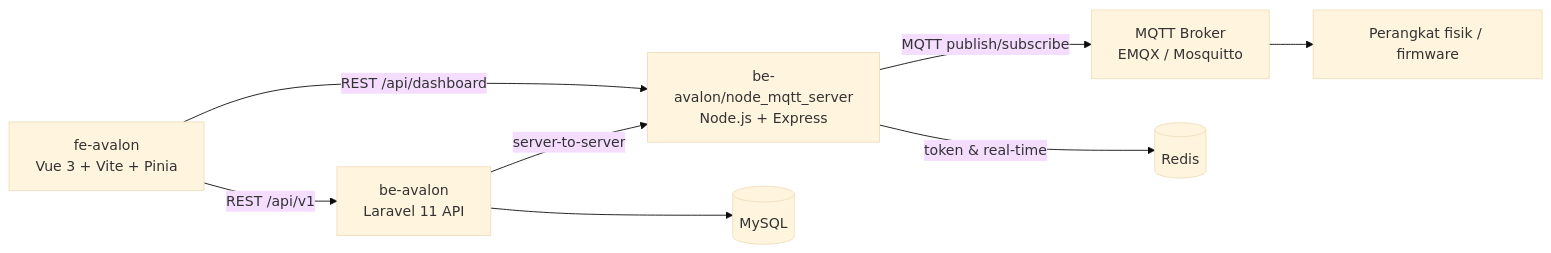
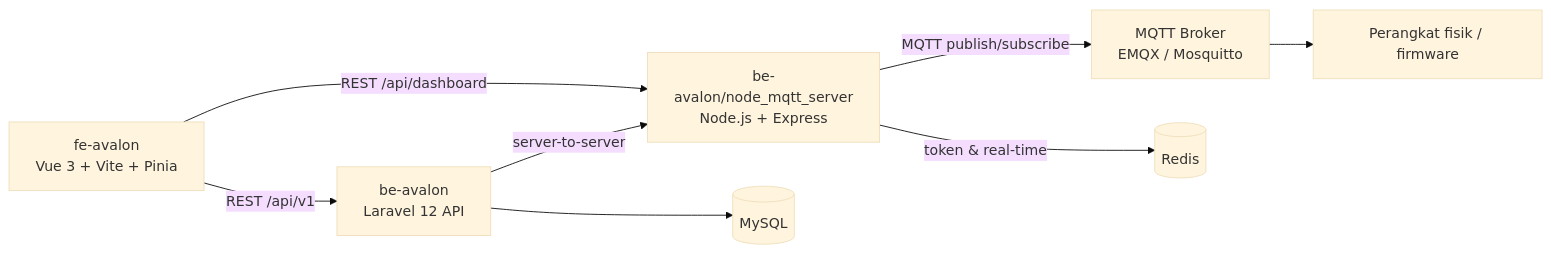
Before and after one commit to tutupharirabu/Arcadia-ProjectAvalon: the diagram in README.md, drawn with Mermaid (base theme). The commit also changed other lines of this file and 6 other files, not shown here.

````diff
--- a/README.md
+++ b/README.md
@@ -7,10 +9,10 @@
 ```mermaid
 graph LR
-    FE[fe-avalon<br/>Vue 3 + Vite + Pinia] -->|REST /api/v1| BE[be-avalon<br/>Laravel 11 API]
+    FE[fe-avalon<br/>Vue 3 + Vite + Pinia] -->|REST /api/v1| BE[be-avalon<br/>Laravel 12 API]
     FE -->|REST /api/dashboard| NODE[be-avalon/node_mqtt_server<br/>Node.js + Express]
     BE -->|server-to-server| NODE
     NODE -->|MQTT publish/subscribe| BROKER[MQTT Broker<br/>EMQX / Mosquitto]
     BROKER --> DEV[Perangkat fisik / firmware]
     NODE -->|token & real-time| REDIS[(Redis)]
     BE --> DB[(MySQL)]
 ```
````
